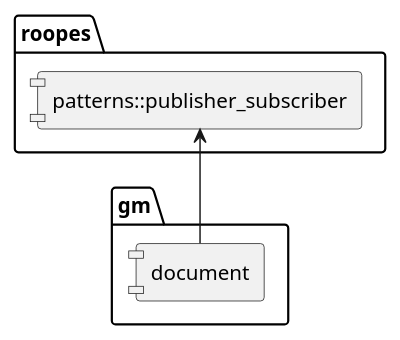
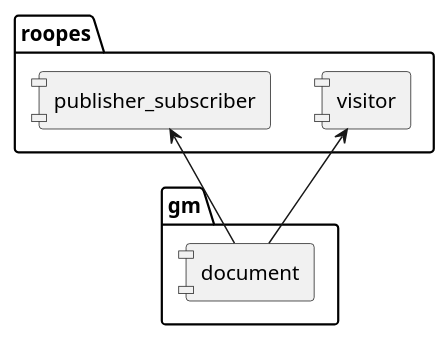
The diagram in documentation/Specification/diagrams/subsystems/document/inter.plantuml (zwerdlds/GlyphMosaic), drawn with PlantUML before and after one commit. The commit also changed 3 other files, not shown here.

```diff
--- a/documentation/Specification/diagrams/subsystems/document/inter.plantuml
+++ b/documentation/Specification/diagrams/subsystems/document/inter.plantuml
@@ -1,17 +1,18 @@
 @startuml inter
 skinparam componentStyle uml1
 
 package "gm" as gm {
     component document as doc
 }
 
 package "roopes"  as roopes {
-    component "patterns::publisher_subscriber" as rps
+    component "publisher_subscriber" as rps
+    component "visitor" as rpv
 }
 
 
 doc -u-> rps
-
+doc -u-> rpv
 
 
 @enduml
```
